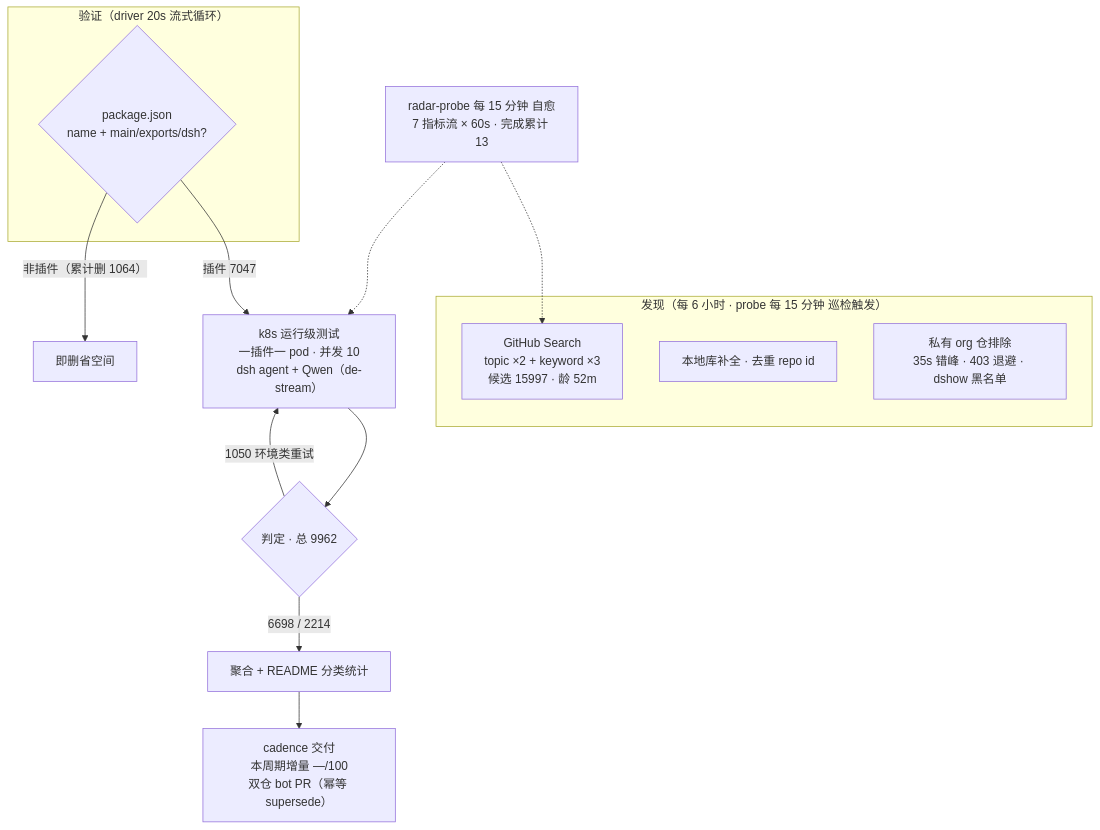
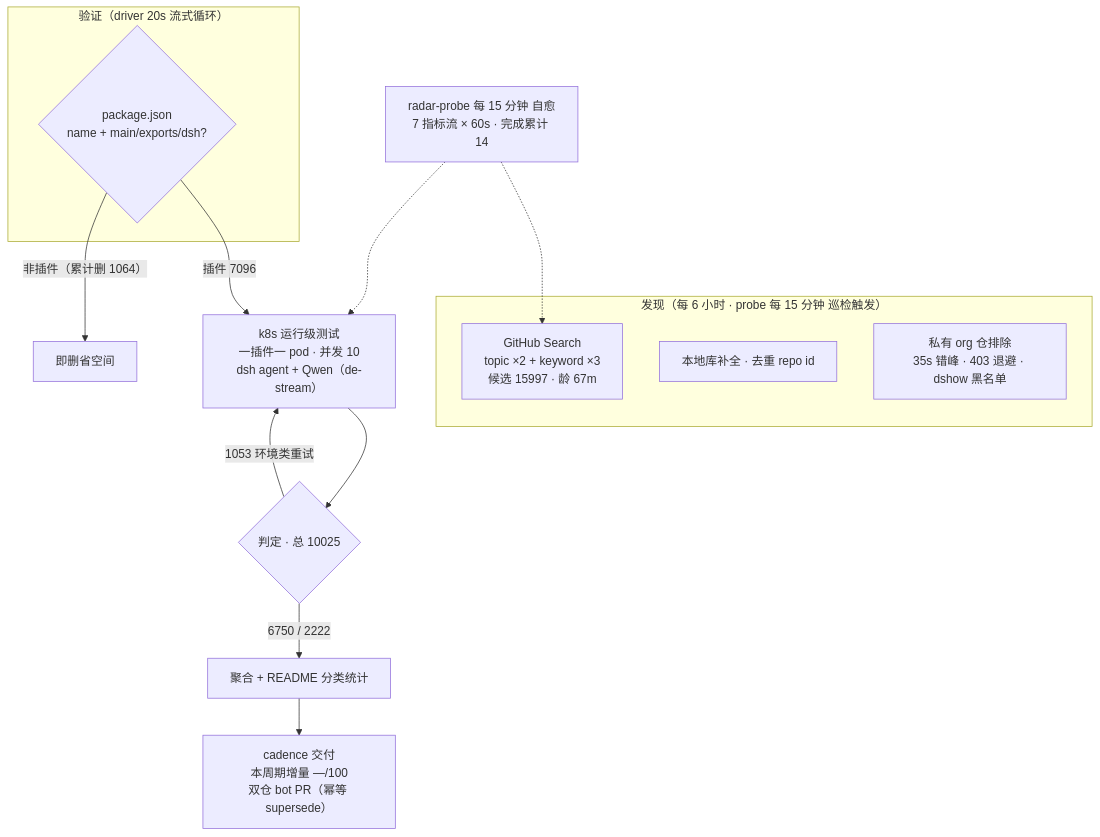
Before and after one commit to Zhidao-Lab-OSS/awesome-dsh-plugins: the diagram in README.md, drawn with Mermaid. The commit also changed other lines of this file and 1 other file, not shown here.

````diff
--- a/README.md
+++ b/README.md
@@ -37,20 +37,20 @@
 ```mermaid
 flowchart TB
     subgraph Discovery["发现（每 6 小时 · probe 每 15 分钟 巡检触发）"]
-        A1["GitHub Search<br/>topic ×2 + keyword ×3<br/>候选 15997 · 龄 52m"]
+        A1["GitHub Search<br/>topic ×2 + keyword ×3<br/>候选 15997 · 龄 67m"]
         A2["本地库补全 · 去重 repo id"]
         A3["私有 org 仓排除<br/>35s 错峰 · 403 退避 · dshow 黑名单"]
     end
     subgraph Validation["验证（driver 20s 流式循环）"]
         B1{"package.json<br/>name + main/exports/dsh?"}
     end
-    B1 -->|"插件 7047"| C1["k8s 运行级测试<br/>一插件一 pod · 并发 10<br/>dsh agent + Qwen（de-stream）"]
+    B1 -->|"插件 7096"| C1["k8s 运行级测试<br/>一插件一 pod · 并发 10<br/>dsh agent + Qwen（de-stream）"]
     B1 -->|"非插件（累计删 1064）"| B3["即删省空间"]
-    C1 --> D1{"判定 · 总 9962"}
-    D1 -->|"6698 / 2214"| E1["聚合 + README 分类统计"]
-    D1 -->|"1050 环境类重试"| C1
+    C1 --> D1{"判定 · 总 10025"}
+    D1 -->|"6750 / 2222"| E1["聚合 + README 分类统计"]
+    D1 -->|"1053 环境类重试"| C1
     E1 --> E2["cadence 交付<br/>本周期增量 —/100<br/>双仓 bot PR（幂等 supersede）"]
-    M["radar-probe 每 15 分钟 自愈<br/>7 指标流 × 60s · 完成累计 13"]
+    M["radar-probe 每 15 分钟 自愈<br/>7 指标流 × 60s · 完成累计 14"]
     M -.-> A1
     M -.-> C1
 ```
````
